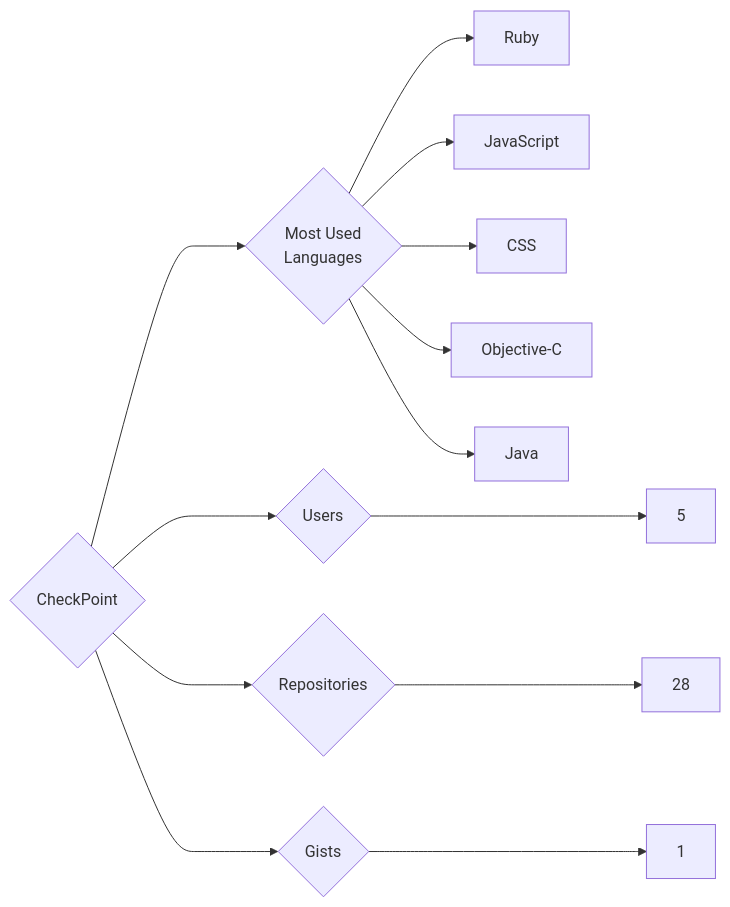
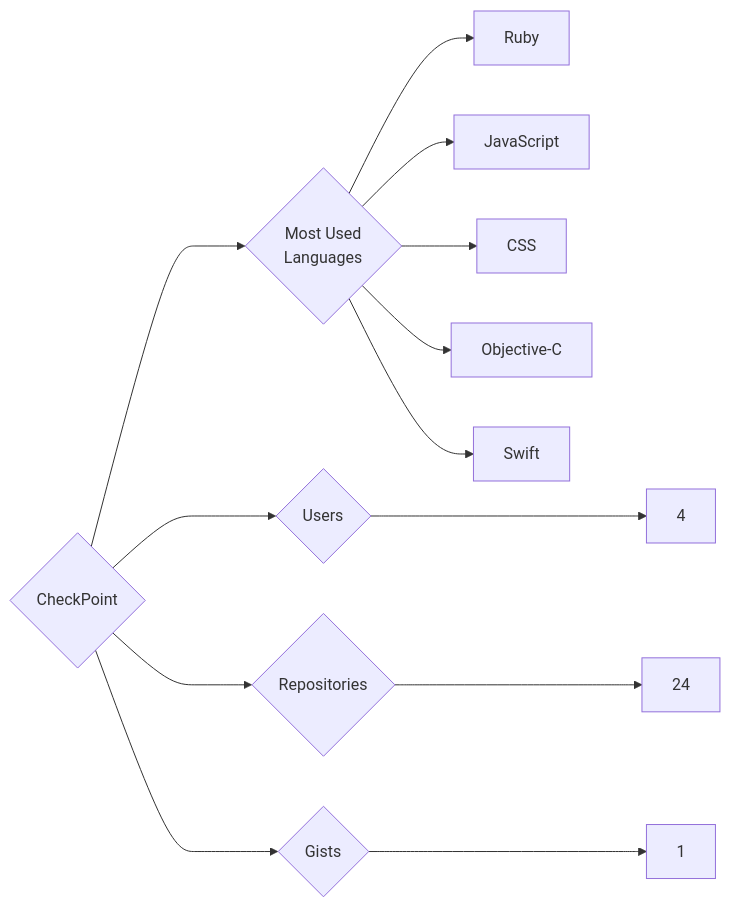
The diagram in targets/CheckPoint/README.md (trickest/insiders), drawn with Mermaid before and after one commit. The commit also changed 772 other files, not shown here.

````diff
--- a/targets/CheckPoint/README.md
+++ b/targets/CheckPoint/README.md
@@ -3,13 +3,13 @@
 ```mermaid
 graph LR
 COMPANY_NAME{CheckPoint}
-COMPANY_NAME ---> U{Users} ---> UN[5]
-COMPANY_NAME ---> R{Repositories} ---> RN[28]
+COMPANY_NAME ---> U{Users} ---> UN[4]
+COMPANY_NAME ---> R{Repositories} ---> RN[24]
 COMPANY_NAME ---> G{Gists} ---> GN[1]
 COMPANY_NAME ---> ML{Most Used<br>Languages}
 ML --> Ruby[Ruby]
 ML --> JavaScript[JavaScript]
 ML --> CSS[CSS]
 ML --> Objective-C[Objective-C]
-ML --> Java[Java]
+ML --> Swift[Swift]
 ```
````
